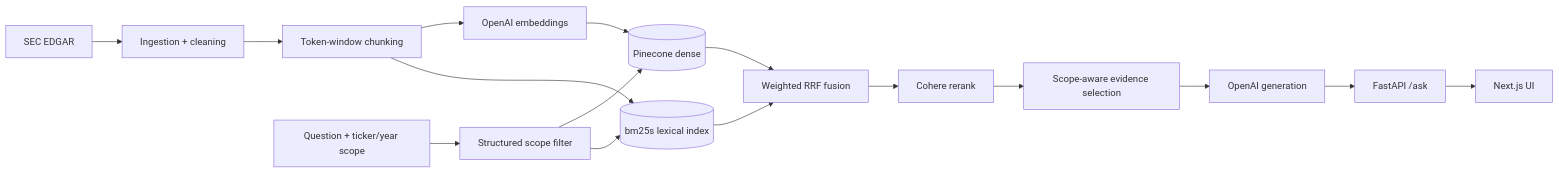
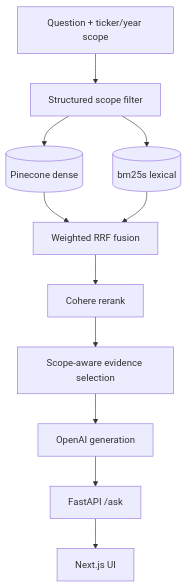
Before and after one commit to Rishi-creator-11/sec-rag-engine: the second of 2 diagrams in README.md, drawn with Mermaid. The commit also changed other lines of this file, not shown here.

````diff
--- a/README.md
+++ b/README.md
@@ -33,19 +88,13 @@
 ```mermaid
-flowchart LR
-    EDGAR[SEC EDGAR] --> ING[Ingestion + cleaning]
-    ING --> CHUNK[Token-window chunking]
-    CHUNK --> EMB[OpenAI embeddings]
-    EMB --> DENSE[(Pinecone dense)]
-    CHUNK --> BM25[(bm25s lexical index)]
-
-    Q[Question + ticker/year scope] --> FILTER[Structured scope filter]
-    FILTER --> DENSE
-    FILTER --> BM25
-    DENSE --> RRF[Weighted RRF fusion]
-    BM25 --> RRF
-    RRF --> RERANK[Cohere rerank]
-    RERANK --> SELECT[Scope-aware evidence selection]
-    SELECT --> GEN[OpenAI generation]
-    GEN --> API[FastAPI /ask]
+flowchart TD
+    Q[Question + ticker/year scope] --> S[Structured scope filter]
+    S --> E[(Pinecone dense)]
+    S --> F[(bm25s lexical)]
+    E --> R[Weighted RRF fusion]
+    F --> R
+    R --> K[Cohere rerank]
+    K --> V[Scope-aware evidence selection]
+    V --> G[OpenAI generation]
+    G --> API[FastAPI /ask]
     API --> UI[Next.js UI]
 ```
````
